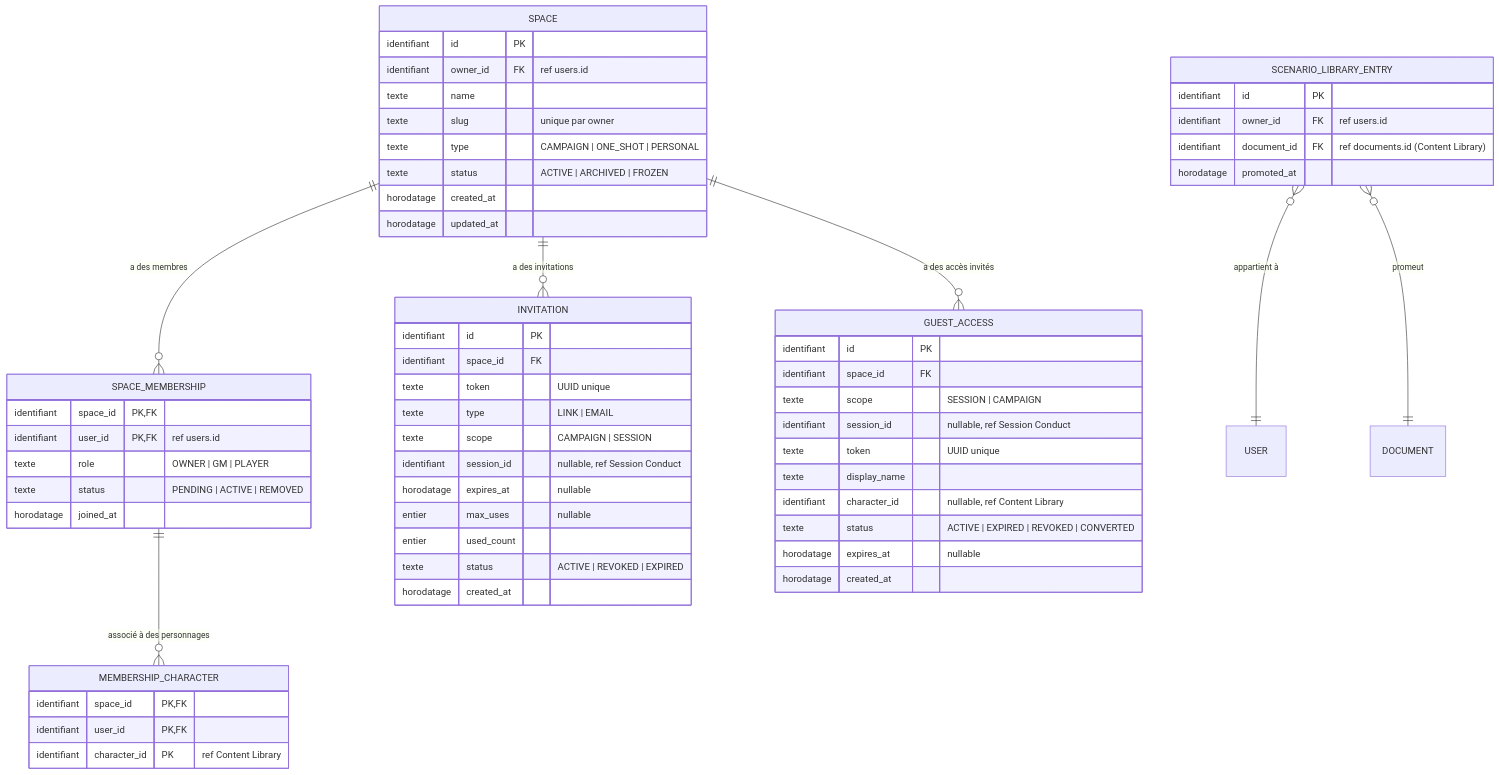
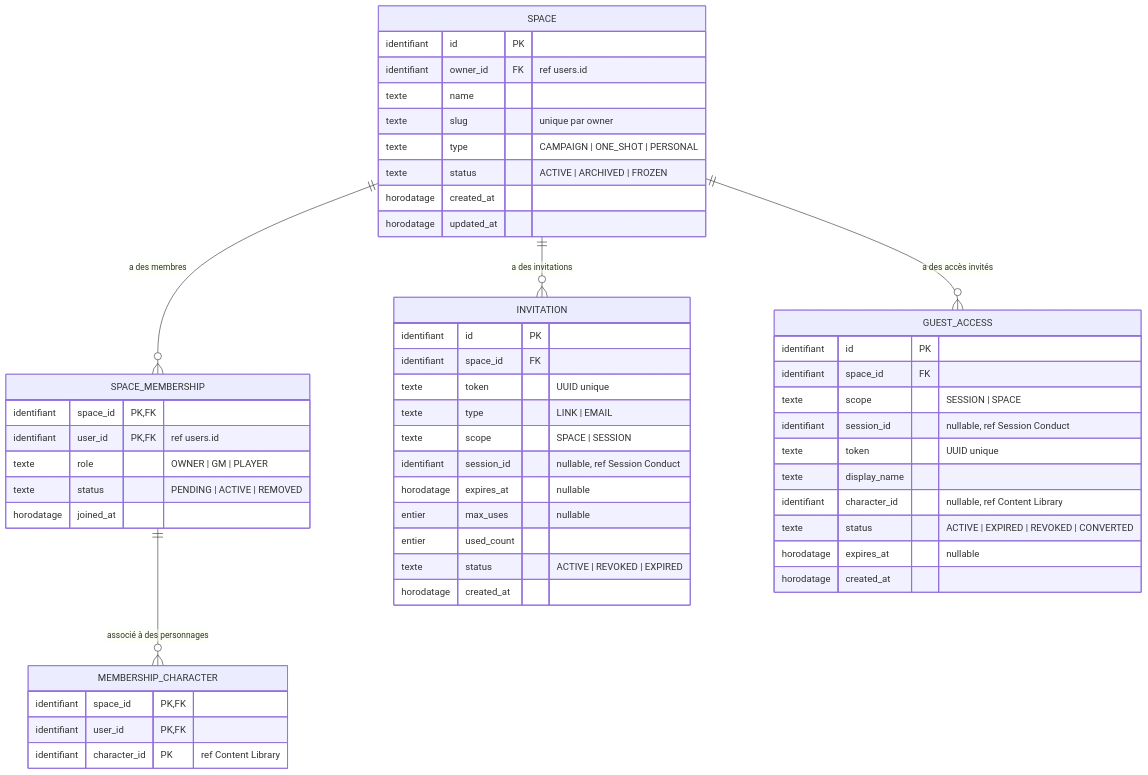
One commit to 2025-10-CDA-ECO-P6/PM-micro-saas changed the diagram in docs/conception/domain/diagrams/mcd/space-management.md. Above: the diagram before and after it, drawn with Mermaid. The commit also changed 140 other files, not shown here.

````diff
--- a/docs/conception/domain/diagrams/mcd/space-management.md
+++ b/docs/conception/domain/diagrams/mcd/space-management.md
@@ -3,69 +3,59 @@
 ```mermaid
 erDiagram
     SPACE {
         identifiant id PK
         identifiant owner_id FK "ref users.id"
         texte name
         texte slug "unique par owner"
         texte type "CAMPAIGN | ONE_SHOT | PERSONAL"
         texte status "ACTIVE | ARCHIVED | FROZEN"
         horodatage created_at
         horodatage updated_at
     }
 
     SPACE_MEMBERSHIP {
         identifiant space_id PK,FK
         identifiant user_id PK,FK "ref users.id"
         texte role "OWNER | GM | PLAYER"
         texte status "PENDING | ACTIVE | REMOVED"
         horodatage joined_at
     }
 
     MEMBERSHIP_CHARACTER {
         identifiant space_id PK,FK
         identifiant user_id PK,FK
         identifiant character_id PK "ref Content Library"
     }
 
     INVITATION {
         identifiant id PK
         identifiant space_id FK
         texte token "UUID unique"
         texte type "LINK | EMAIL"
-        texte scope "CAMPAIGN | SESSION"
+        texte scope "SPACE | SESSION"
         identifiant session_id "nullable, ref Session Conduct"
         horodatage expires_at "nullable"
         entier max_uses "nullable"
         entier used_count
         texte status "ACTIVE | REVOKED | EXPIRED"
         horodatage created_at
     }
 
     GUEST_ACCESS {
         identifiant id PK
         identifiant space_id FK
-        texte scope "SESSION | CAMPAIGN"
+        texte scope "SESSION | SPACE"
         identifiant session_id "nullable, ref Session Conduct"
         texte token "UUID unique"
         texte display_name
         identifiant character_id "nullable, ref Content Library"
         texte status "ACTIVE | EXPIRED | REVOKED | CONVERTED"
         horodatage expires_at "nullable"
         horodatage created_at
     }
 
-    %% post-MVP
-    SCENARIO_LIBRARY_ENTRY {
-        identifiant id PK
-        identifiant owner_id FK "ref users.id"
-        identifiant document_id FK "ref documents.id (Content Library)"
-        horodatage promoted_at
-    }
-
     SPACE ||--o{ SPACE_MEMBERSHIP : "a des membres"
     SPACE ||--o{ INVITATION : "a des invitations"
     SPACE ||--o{ GUEST_ACCESS : "a des accès invités"
     SPACE_MEMBERSHIP ||--o{ MEMBERSHIP_CHARACTER : "associé à des personnages"
-    SCENARIO_LIBRARY_ENTRY }o--|| USER : "appartient à"
-    SCENARIO_LIBRARY_ENTRY }o--|| DOCUMENT : "promeut"
 ```
````
